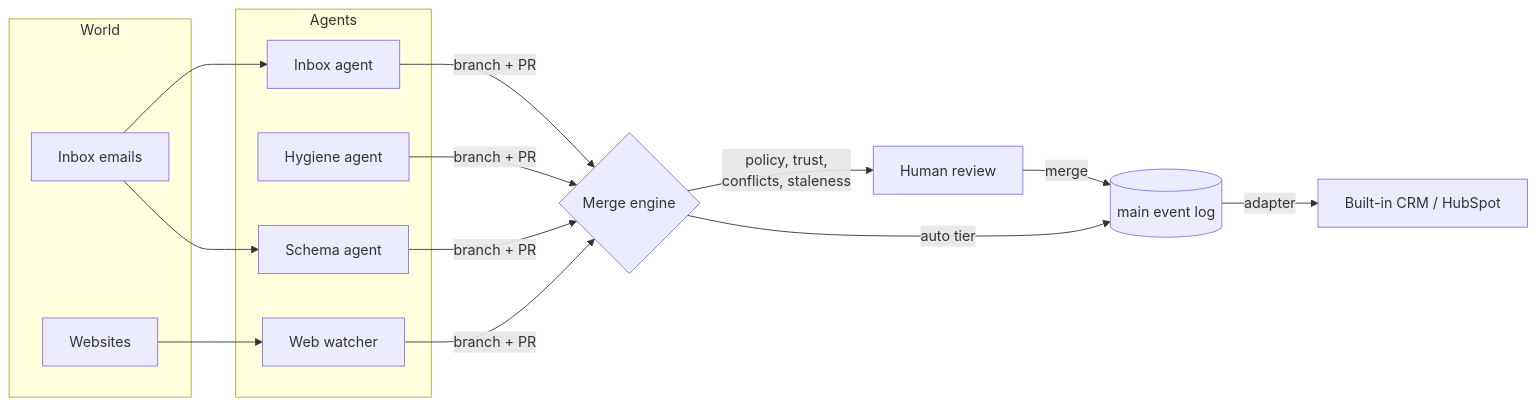
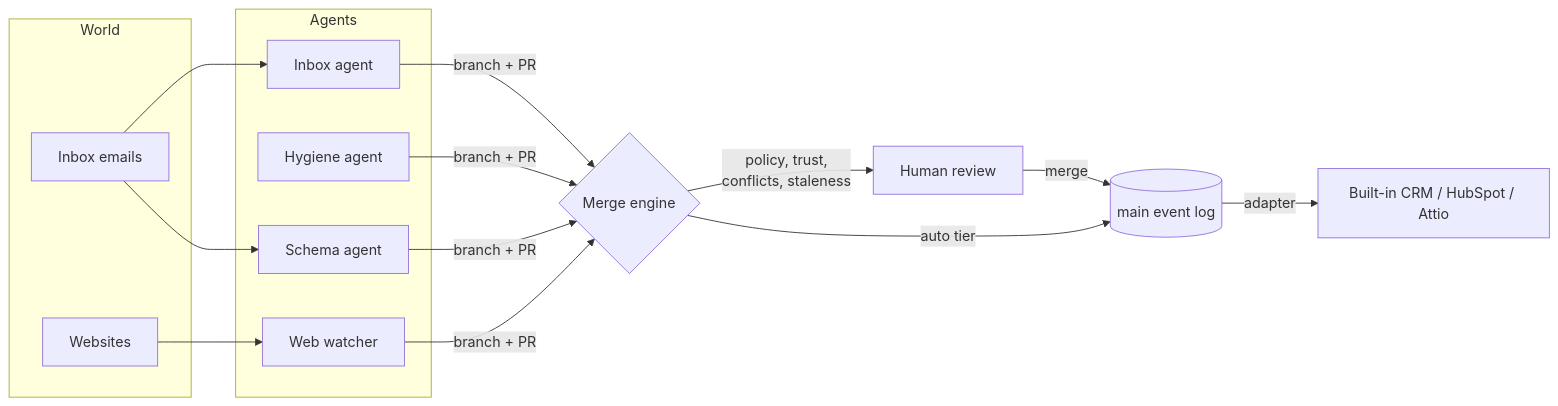
The diagram in README.md (Welddevelopment/git_crm), drawn with Mermaid before and after one commit. The commit also changed other lines of this file and 31 other files, not shown here.

````diff
--- a/README.md
+++ b/README.md
@@ -47,20 +65,20 @@
 ```mermaid
 flowchart LR
   subgraph World
     E[Inbox emails]
     W[Websites]
   end
   subgraph Agents
     A1[Inbox agent]
     A2[Hygiene agent]
     A3[Schema agent]
     A4[Web watcher]
   end
   E --> A1 & A3
   W --> A4
   A1 & A2 & A3 & A4 -->|branch + PR| M{Merge engine}
   M -->|policy, trust,<br/>conflicts, staleness| R[Human review]
   R -->|merge| MAIN[(main event log)]
   M -->|auto tier| MAIN
-  MAIN -->|adapter| CRM[Built-in CRM / HubSpot]
+  MAIN -->|adapter| CRM[Built-in CRM / HubSpot / Attio]
 ```
````
